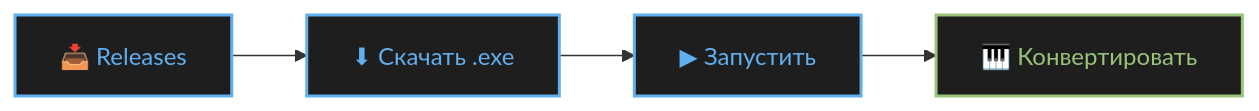
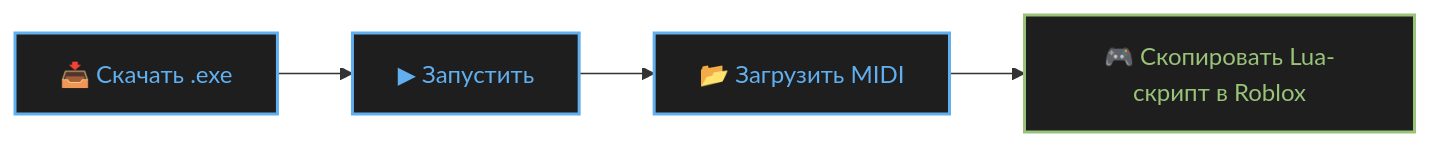
The first of 2 diagrams in README.md (SMisha2/AstraConv), drawn with Mermaid before and after one commit. The commit also changed other lines of this file, not shown here.

````diff
--- a/README.md
+++ b/README.md
@@ -189,9 +135,9 @@
 ```mermaid
 graph LR
-    A[📥 Releases]:::step --> B[⬇ Скачать .exe]:::step
-    B --> C[▶ Запустить]:::step
-    C --> D[🎹 Конвертировать]:::final
+    A[📥 Скачать .exe]:::step --> B[▶ Запустить]:::step
+    B --> C[📂 Загрузить MIDI]:::step
+    C --> D[🎮 Скопировать Lua-скрипт в Roblox]:::final
 
     classDef step fill:#1e1e1e,stroke:#61afef,color:#61afef,stroke-width:2px
     classDef final fill:#1e1e1e,stroke:#98c379,color:#98c379,stroke-width:2px
 ```
````
